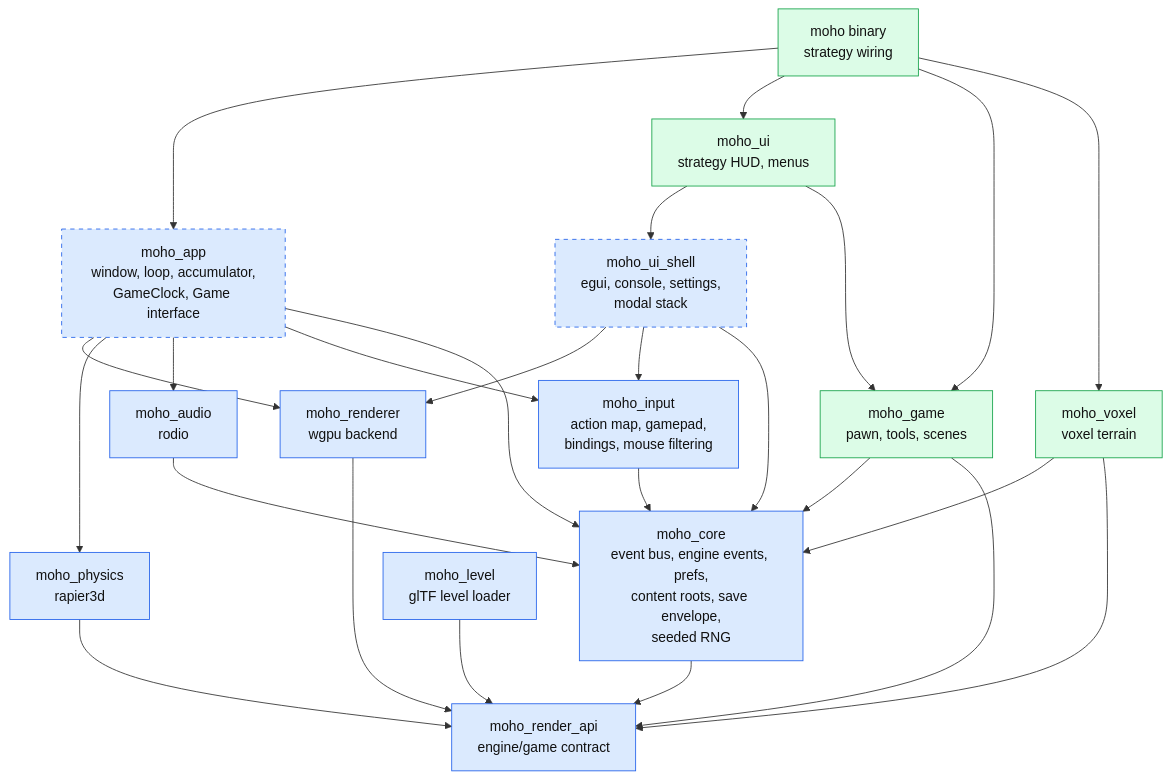
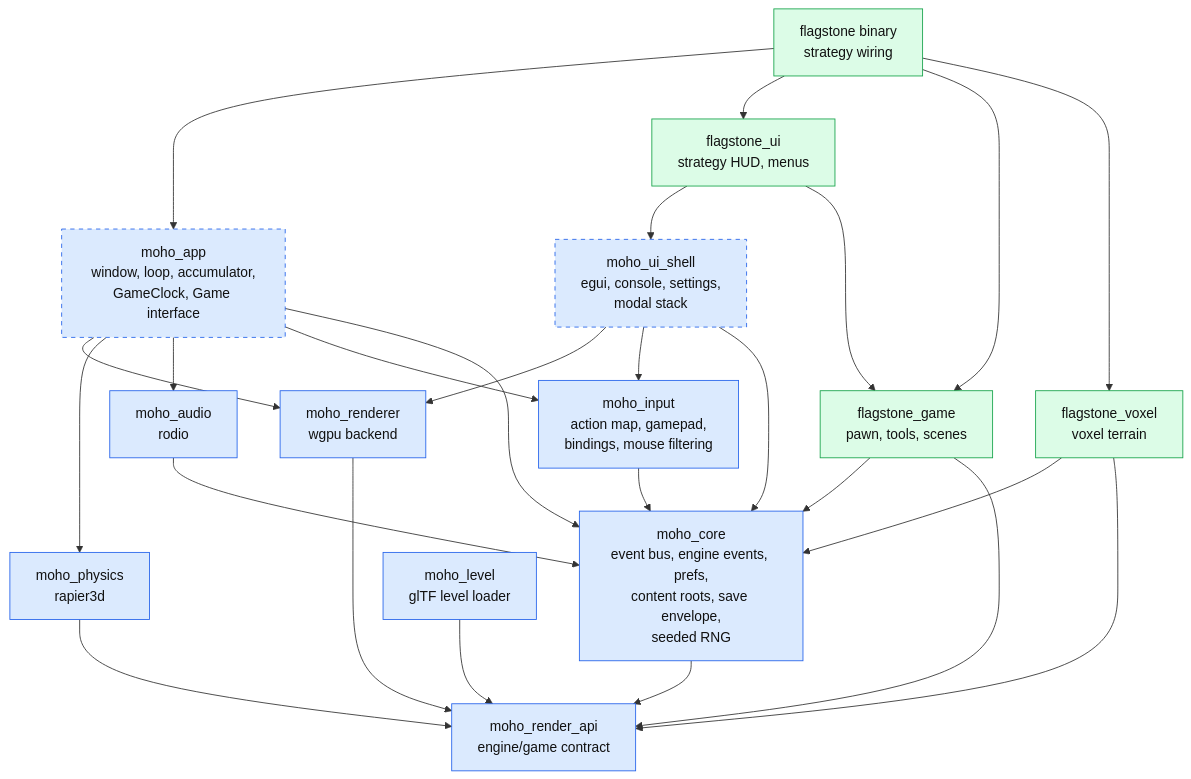
Before and after one commit to WrackedFella/moho: the second of 3 diagrams in wiki/architecture/overview.md, drawn with Mermaid. The commit also changed other lines of this file and 228 other files, not shown here.

First line of the commit message:
feat(flagstone): the strategy line builds and runs as flagstone (ENG-F27-02) (#381)

````diff
--- a/wiki/architecture/overview.md
+++ b/wiki/architecture/overview.md
@@ -80,35 +80,35 @@
 ```mermaid
 flowchart TD
-    sbin["moho binary<br/>strategy wiring"]:::strategy
-    ui["moho_ui<br/>strategy HUD, menus"]:::strategy
-    game["moho_game<br/>pawn, tools, scenes"]:::strategy
-    voxel["moho_voxel<br/>voxel terrain"]:::strategy
+    sbin["flagstone binary<br/>strategy wiring"]:::strategy
+    ui["flagstone_ui<br/>strategy HUD, menus"]:::strategy
+    game["flagstone_game<br/>pawn, tools, scenes"]:::strategy
+    voxel["flagstone_voxel<br/>voxel terrain"]:::strategy
 
     app["moho_app<br/>window, loop, accumulator,<br/>GameClock, Game interface"]:::engineNew
     shell["moho_ui_shell<br/>egui, console, settings,<br/>modal stack"]:::engineNew
     input["moho_input<br/>action map, gamepad,<br/>bindings, mouse filtering"]:::engine
     renderer["moho_renderer<br/>wgpu backend"]:::engine
     physics["moho_physics<br/>rapier3d"]:::engine
     audio["moho_audio<br/>rodio"]:::engine
     core["moho_core<br/>event bus, engine events, prefs,<br/>content roots, save envelope,<br/>seeded RNG"]:::engine
     rapi["moho_render_api<br/>engine/game contract"]:::engine
     level["moho_level<br/>glTF level loader"]:::engine
 
     sbin --> app & ui & game & voxel
     ui --> shell & game
     game --> core & rapi
     voxel --> core & rapi
     app --> renderer & physics & audio & input & core
     shell --> renderer & input & core
     input --> core
     renderer --> rapi
     physics --> rapi
     audio --> core
     core --> rapi
     level --> rapi
 
     classDef engine fill:#dbeafe,stroke:#2563eb,color:#111
     classDef engineNew fill:#dbeafe,stroke:#2563eb,stroke-dasharray:5 5,color:#111
     classDef strategy fill:#dcfce7,stroke:#16a34a,color:#111
     classDef strategyNew fill:#dcfce7,stroke:#16a34a,stroke-dasharray:5 5,color:#111
 ```
````
